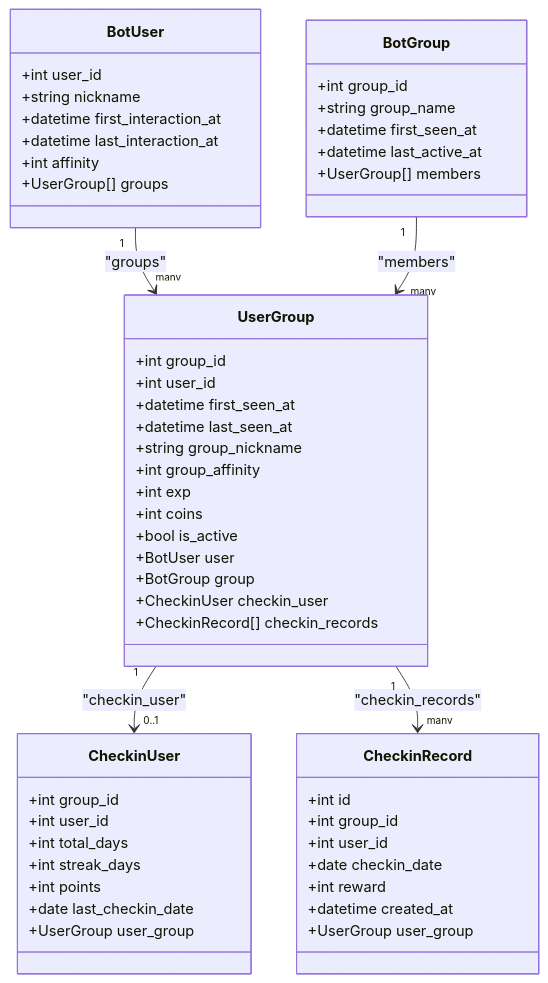
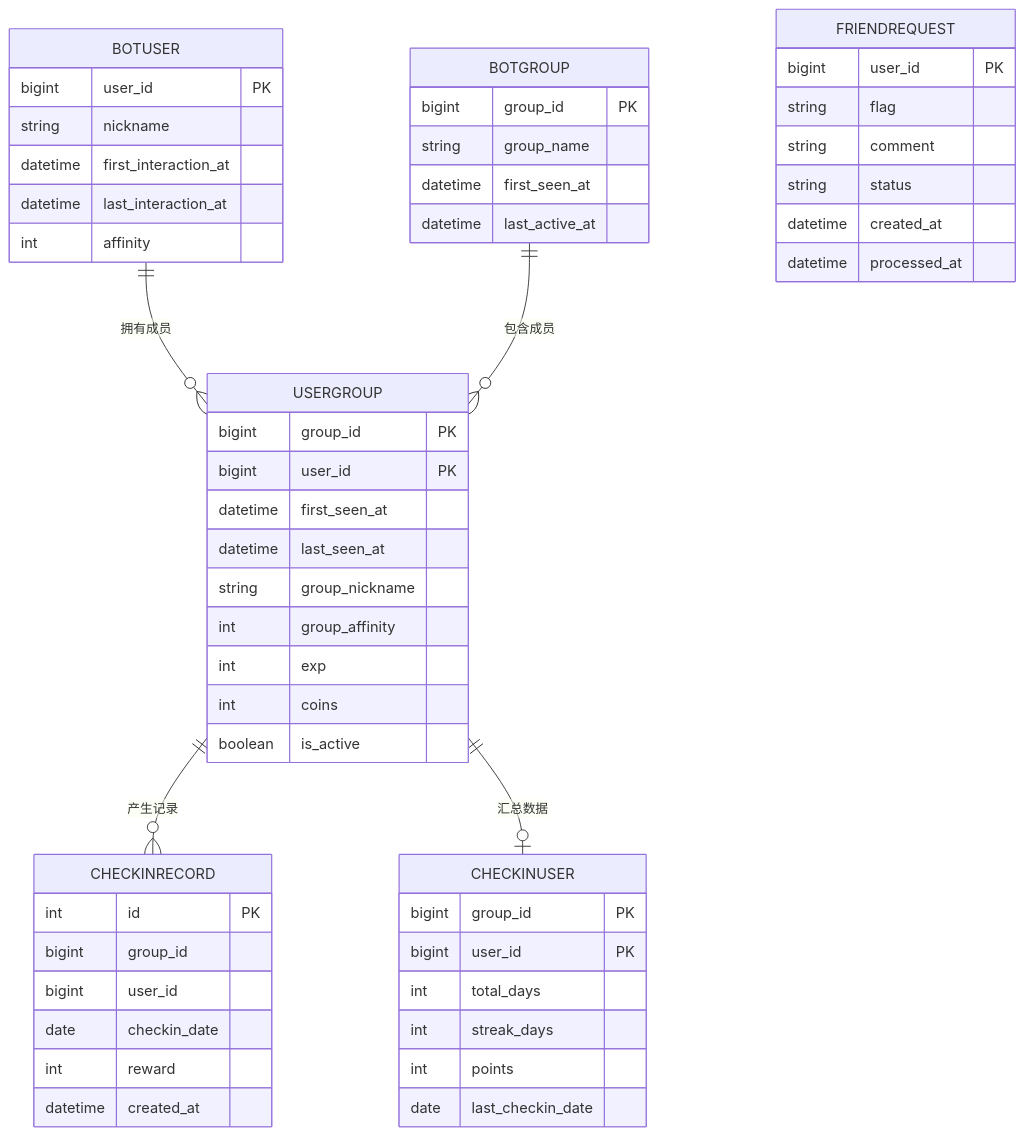
One commit to Wohaokunr/yawn_bot changed the fifth of 6 diagrams in .qoder/repowiki/zh/content/项目概述.md. Above: the diagram before and after it, drawn with Mermaid. The commit also changed other lines of this file and 60 other files, not shown here.

````diff
--- a/.qoder/repowiki/zh/content/项目概述.md
+++ b/.qoder/repowiki/zh/content/项目概述.md
@@ -213,55 +208,55 @@
 ```mermaid
-classDiagram
-class BotUser {
-+int user_id
-+string nickname
-+datetime first_interaction_at
-+datetime last_interaction_at
-+int affinity
-+UserGroup[] groups
+erDiagram
+BOTUSER {
+bigint user_id PK
+string nickname
+datetime first_interaction_at
+datetime last_interaction_at
+int affinity
 }
-class BotGroup {
-+int group_id
-+string group_name
-+datetime first_seen_at
-+datetime last_active_at
-+UserGroup[] members
+BOTGROUP {
+bigint group_id PK
+string group_name
+datetime first_seen_at
+datetime last_active_at
 }
-class UserGroup {
-+int group_id
-+int user_id
-+datetime first_seen_at
-+datetime last_seen_at
-+string group_nickname
-+int group_affinity
-+int exp
-+int coins
-+bool is_active
-+BotUser user
-+BotGroup group
-+CheckinUser checkin_user
-+CheckinRecord[] checkin_records
+USERGROUP {
+bigint group_id PK
+bigint user_id PK
+datetime first_seen_at
+datetime last_seen_at
+string group_nickname
+int group_affinity
+int exp
+int coins
+boolean is_active
 }
-class CheckinRecord {
-+int id
-+int group_id
-+int user_id
-+date checkin_date
-+int reward
-+datetime created_at
-+UserGroup user_group
+CHECKINRECORD {
+int id PK
+bigint group_id
+bigint user_id
+date checkin_date
+int reward
+datetime created_at
 }
-class CheckinUser {
-+int group_id
-+int user_id
-+int total_days
-+int streak_days
-+int points
-+date last_checkin_date
-+UserGroup user_group
+CHECKINUSER {
+bigint group_id PK
+bigint user_id PK
+int total_days
+int streak_days
+int points
+date last_checkin_date
 }
-BotUser "1" --> "many" UserGroup : "groups"
-BotGroup "1" --> "many" UserGroup : "members"
-UserGroup "1" --> "0..1" CheckinUser : "checkin_user"
-UserGroup "1" --> "many" CheckinRecord : "checkin_records"
+FRIENDREQUEST {
+bigint user_id PK
+string flag
+string comment
+string status
+datetime created_at
+datetime processed_at
+}
+BOTUSER ||--o{ USERGROUP : "拥有成员"
+BOTGROUP ||--o{ USERGROUP : "包含成员"
+USERGROUP ||--o{ CHECKINRECORD : "产生记录"
+USERGROUP ||--o| CHECKINUSER : "汇总数据"
 ```
````
